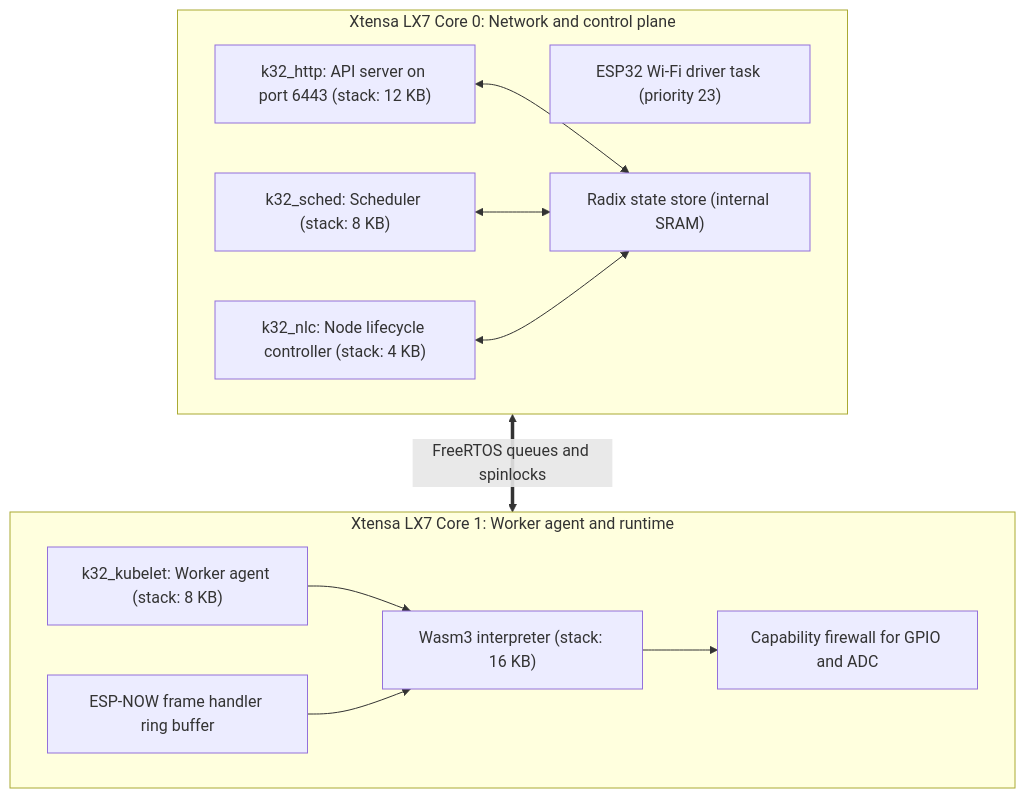
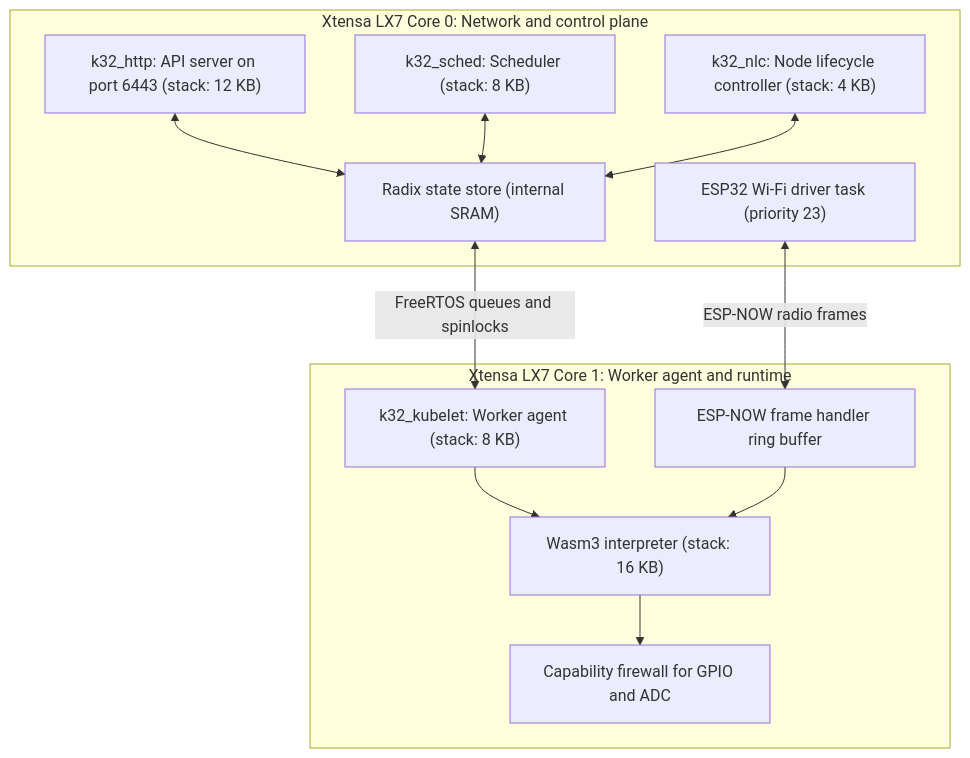
The first of 2 diagrams in docs/architecture/index.md (arterialist/kube32), drawn with Mermaid before and after one commit. The commit also changed 13 other files, not shown here.

Commit message:
style(docs): adjust Material 3 layout and fix Mermaid diagram rendering

````diff
--- a/docs/architecture/index.md
+++ b/docs/architecture/index.md
@@ -17,27 +17,28 @@
 ```mermaid
 graph TB
     subgraph Core0["Xtensa LX7 Core 0: Network and control plane"]
         WIFI_DRIVER["ESP32 Wi-Fi driver task (priority 23)"]
         HTTP_SRV["k32_http: API server on port 6443 (stack: 12 KB)"]
         SCHED["k32_sched: Scheduler (stack: 8 KB)"]
         NLC["k32_nlc: Node lifecycle controller (stack: 4 KB)"]
         RADIX["Radix state store (internal SRAM)"]
 
         HTTP_SRV <--> RADIX
         SCHED <--> RADIX
         NLC <--> RADIX
     end
 
     subgraph Core1["Xtensa LX7 Core 1: Worker agent and runtime"]
         KUBELET["k32_kubelet: Worker agent (stack: 8 KB)"]
         WASM_VM["Wasm3 interpreter (stack: 16 KB)"]
         FIREWALL["Capability firewall for GPIO and ADC"]
         IPC_RX["ESP-NOW frame handler ring buffer"]
 
         KUBELET --> WASM_VM
         WASM_VM --> FIREWALL
         IPC_RX --> WASM_VM
     end
 
-    Core0 <==>|"FreeRTOS queues and spinlocks"| Core1
+    RADIX <-->|"FreeRTOS queues and spinlocks"| KUBELET
+    WIFI_DRIVER <-->|"ESP-NOW radio frames"| IPC_RX
 ```
````
